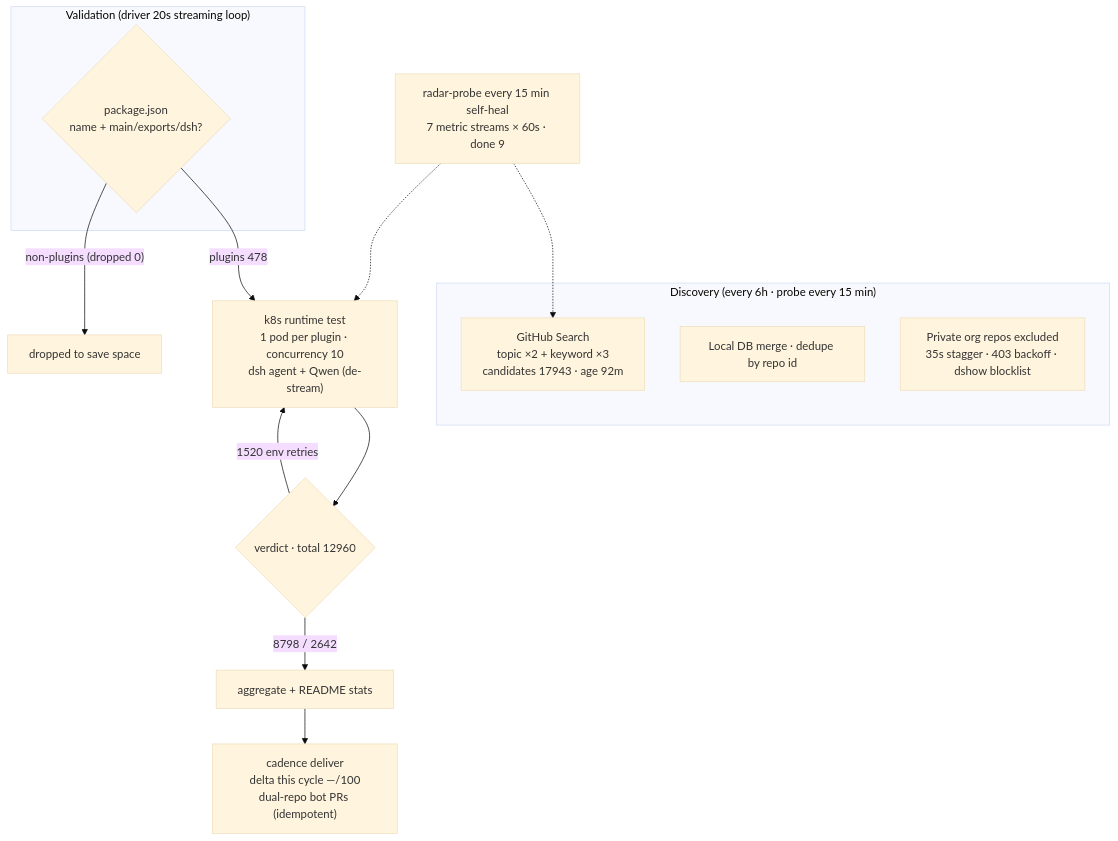
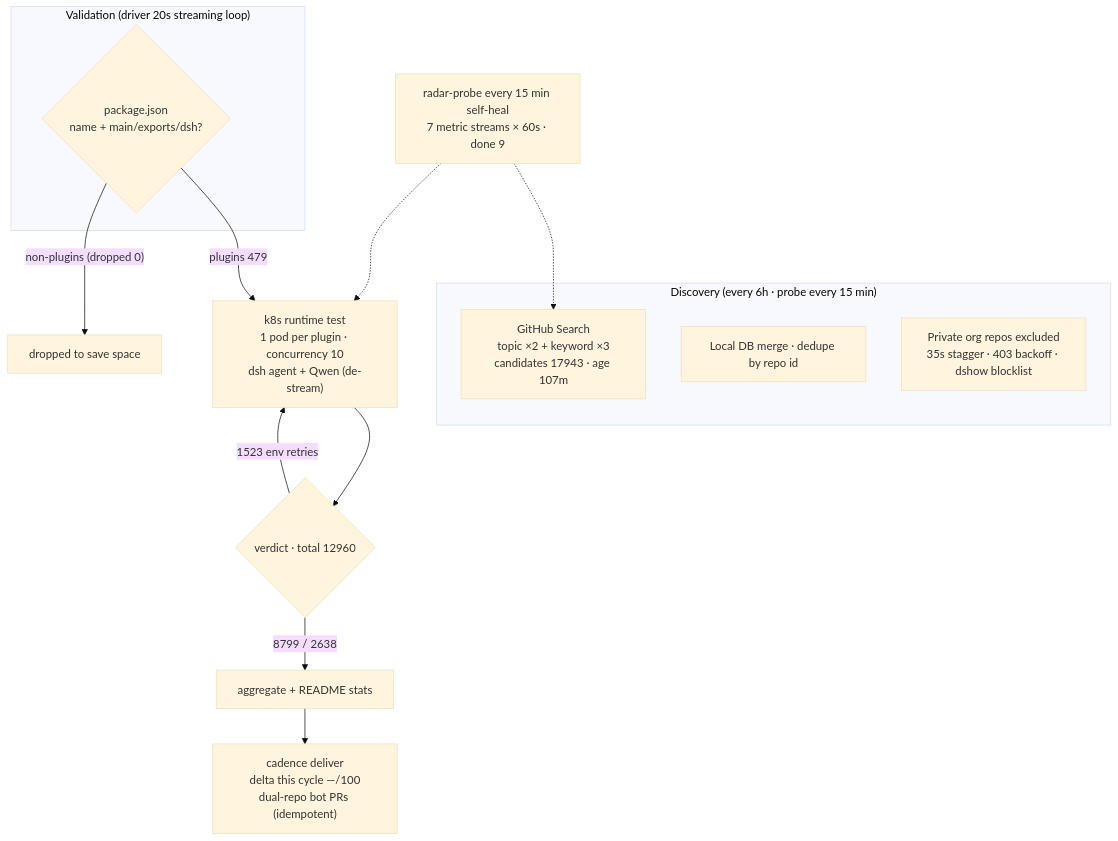
One commit to AdamPlatin123/awesome-dsh-plugins changed the diagram in README.en-US.md. Above: the diagram before and after it, drawn with Mermaid (base theme). The commit also changed other lines of this file and 5 other files, not shown here.

````diff
--- a/README.en-US.md
+++ b/README.en-US.md
@@ -45,20 +45,20 @@
 ```mermaid
 flowchart TB
     subgraph Discovery["Discovery (every 6h · probe every 15 min)"]
-        A1["GitHub Search<br/>topic ×2 + keyword ×3<br/>candidates 17943 · age 92m"]
+        A1["GitHub Search<br/>topic ×2 + keyword ×3<br/>candidates 17943 · age 107m"]
         A2["Local DB merge · dedupe by repo id"]
         A3["Private org repos excluded<br/>35s stagger · 403 backoff · dshow blocklist"]
     end
     subgraph Validation["Validation (driver 20s streaming loop)"]
         B1{"package.json<br/>name + main/exports/dsh?"}
     end
-    B1 -->|"plugins 478"| C1["k8s runtime test<br/>1 pod per plugin · concurrency 10<br/>dsh agent + Qwen (de-stream)"]
+    B1 -->|"plugins 479"| C1["k8s runtime test<br/>1 pod per plugin · concurrency 10<br/>dsh agent + Qwen (de-stream)"]
     B1 -->|"non-plugins (dropped 0)"| B3["dropped to save space"]
     C1 --> D1{"verdict · total 12960"}
-    D1 -->|"8798 / 2642"| E1["aggregate + README stats"]
-    D1 -->|"1520 env retries"| C1
+    D1 -->|"8799 / 2638"| E1["aggregate + README stats"]
+    D1 -->|"1523 env retries"| C1
     E1 --> E2["cadence deliver<br/>delta this cycle —/100<br/>dual-repo bot PRs (idempotent)"]
     M["radar-probe every 15 min self-heal<br/>7 metric streams × 60s · done 9"]
     M -.-> A1
     M -.-> C1
 ```
````
